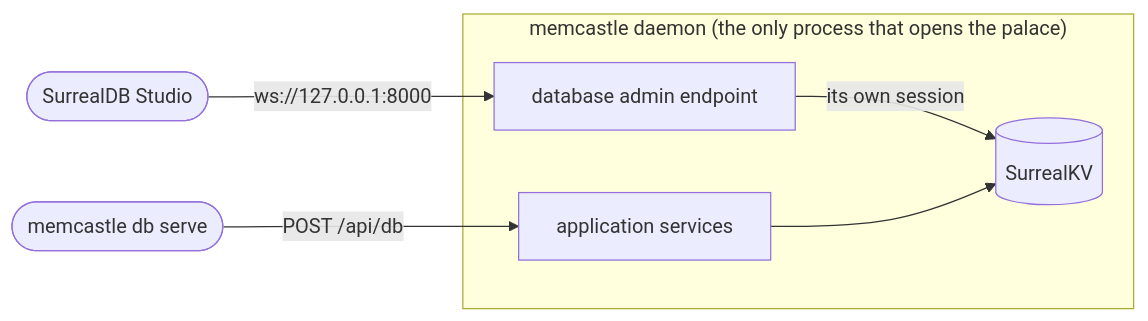
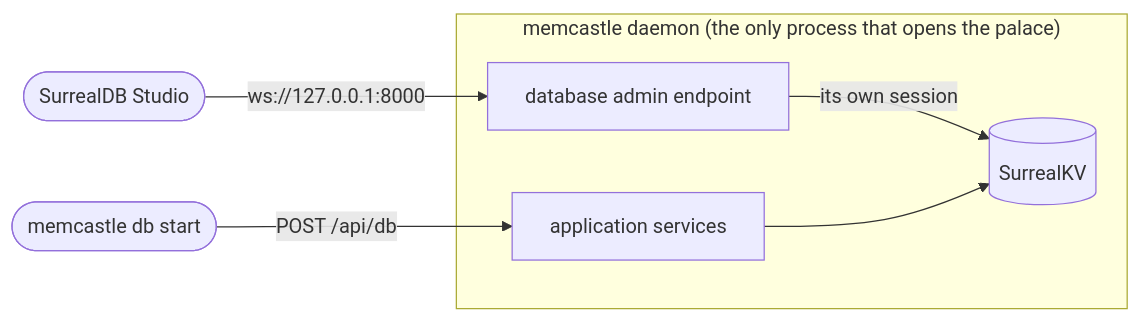
Before and after one commit to noirbizarre/memcastle: the diagram in docs/database-access.md, drawn with Mermaid. The commit also changed other lines of this file and 19 other files, not shown here.

First line of the commit message:
refactor(db)!: rename db serve to db start and make it idempotent (#130)

````diff
--- a/docs/database-access.md
+++ b/docs/database-access.md
@@ -26,12 +26,12 @@
 ```mermaid
 flowchart LR
     studio([SurrealDB Studio]) -- "ws://127.0.0.1:8000" --> endpoint
     subgraph daemon["memcastle daemon (the only process that opens the palace)"]
         endpoint[database admin endpoint]
         app[application services]
         store[(SurrealKV)]
         endpoint -- "its own session" --> store
         app --> store
     end
-    cli([memcastle db serve]) -- "POST /api/db" --> app
+    cli([memcastle db start]) -- "POST /api/db" --> app
 ```
````
